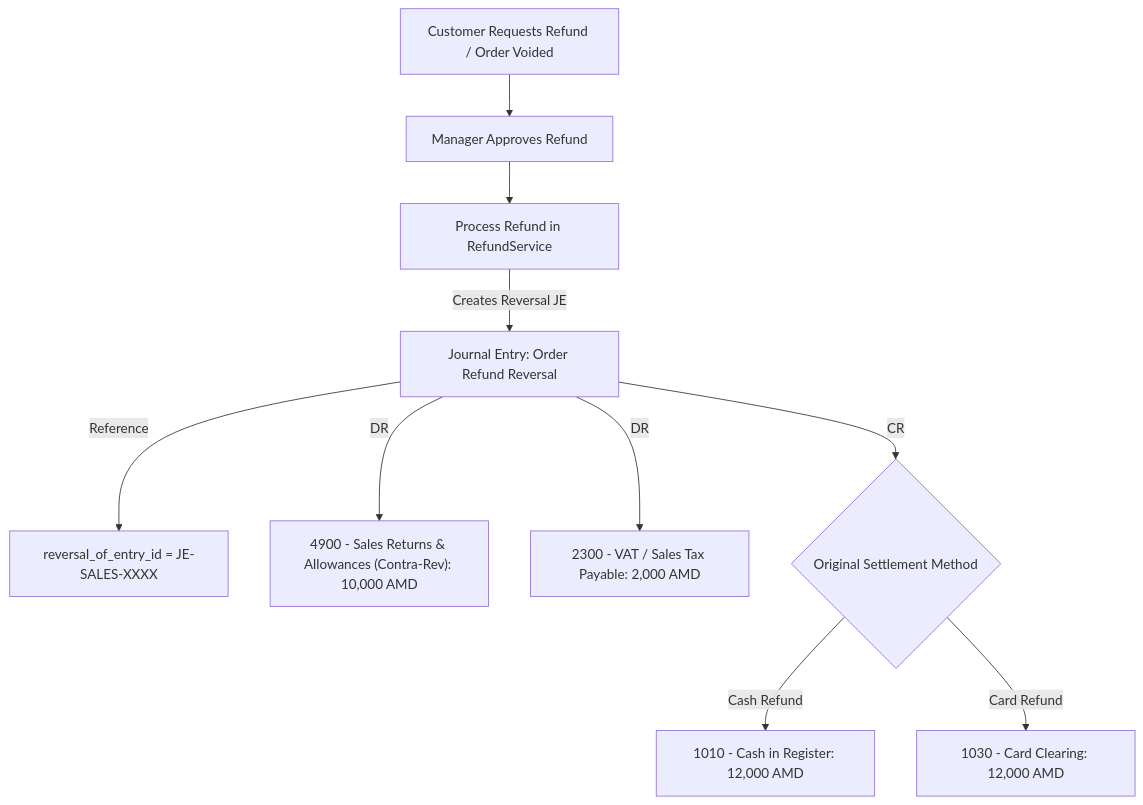
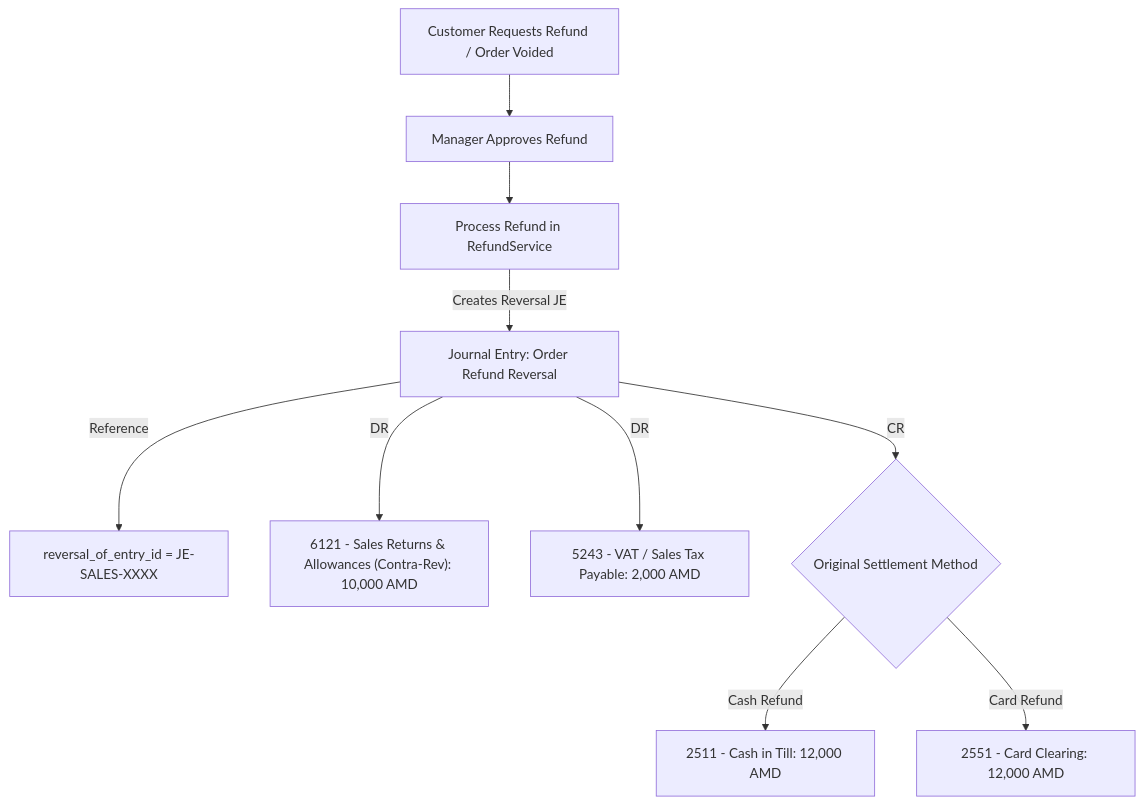
The second of 6 diagrams in docs/finance/03-financial-flow-diagrams.md (agevorgyan/qrmenu), drawn with Mermaid before and after one commit. The commit also changed other lines of this file and 46 other files, not shown here.

````diff
--- a/docs/finance/03-financial-flow-diagrams.md
+++ b/docs/finance/03-financial-flow-diagrams.md
@@ -43,15 +43,15 @@
 ```mermaid
 flowchart TD
     R1["Customer Requests Refund / Order Voided"] --> R2["Manager Approves Refund"]
     R2 --> R3["Process Refund in RefundService"]
     
     R3 -->|Creates Reversal JE| RJ["Journal Entry: Order Refund Reversal"]
     RJ -->|Reference| ORIG["reversal_of_entry_id = JE-SALES-XXXX"]
     
-    RJ -->|DR| RET["4900 - Sales Returns & Allowances (Contra-Rev): 10,000 AMD"]
-    RJ -->|DR| TAX_REV["2300 - VAT / Sales Tax Payable: 2,000 AMD"]
+    RJ -->|DR| RET["6121 - Sales Returns & Allowances (Contra-Rev): 10,000 AMD"]
+    RJ -->|DR| TAX_REV["5243 - VAT / Sales Tax Payable: 2,000 AMD"]
     RJ -->|CR| PAY_REV{"Original Settlement Method"}
     
-    PAY_REV -->|Cash Refund| CASH_OUT["1010 - Cash in Register: 12,000 AMD"]
-    PAY_REV -->|Card Refund| CARD_OUT["1030 - Card Clearing: 12,000 AMD"]
+    PAY_REV -->|Cash Refund| CASH_OUT["2511 - Cash in Till: 12,000 AMD"]
+    PAY_REV -->|Card Refund| CARD_OUT["2551 - Card Clearing: 12,000 AMD"]
 ```
````
